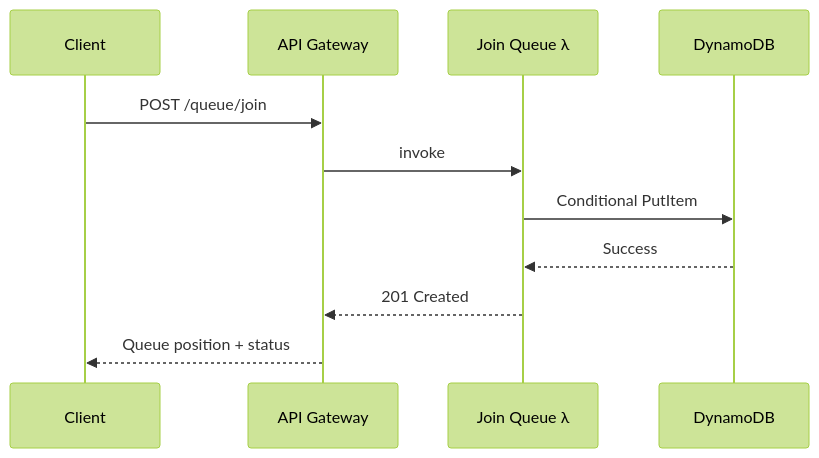
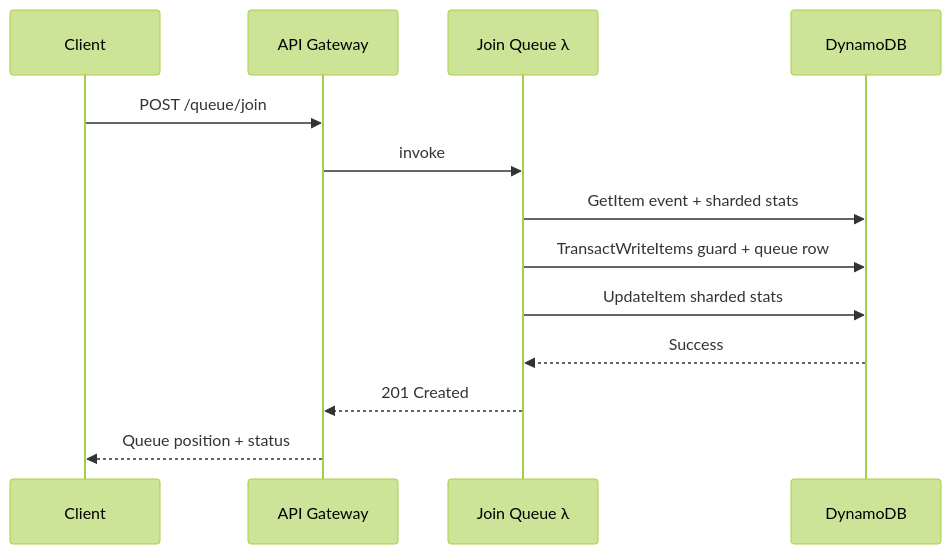
The second of 5 diagrams in docs/07-system-architecture.md (Afffan16/football-virtual-waiting-room), drawn with Mermaid (forest theme) before and after one commit. The commit also changed other lines of this file and 38 other files, not shown here.

````diff
--- a/docs/07-system-architecture.md
+++ b/docs/07-system-architecture.md
@@ -143,13 +155,15 @@
 ```mermaid
 sequenceDiagram
     participant C as Client
     participant AG as API Gateway
     participant L as Join Queue λ
     participant D as DynamoDB
     C->>AG: POST /queue/join
     AG->>L: invoke
-    L->>D: Conditional PutItem
+    L->>D: GetItem event + sharded stats
+    L->>D: TransactWriteItems guard + queue row
+    L->>D: UpdateItem sharded stats
     D-->>L: Success
     L-->>AG: 201 Created
     AG-->>C: Queue position + status
 ```
````
